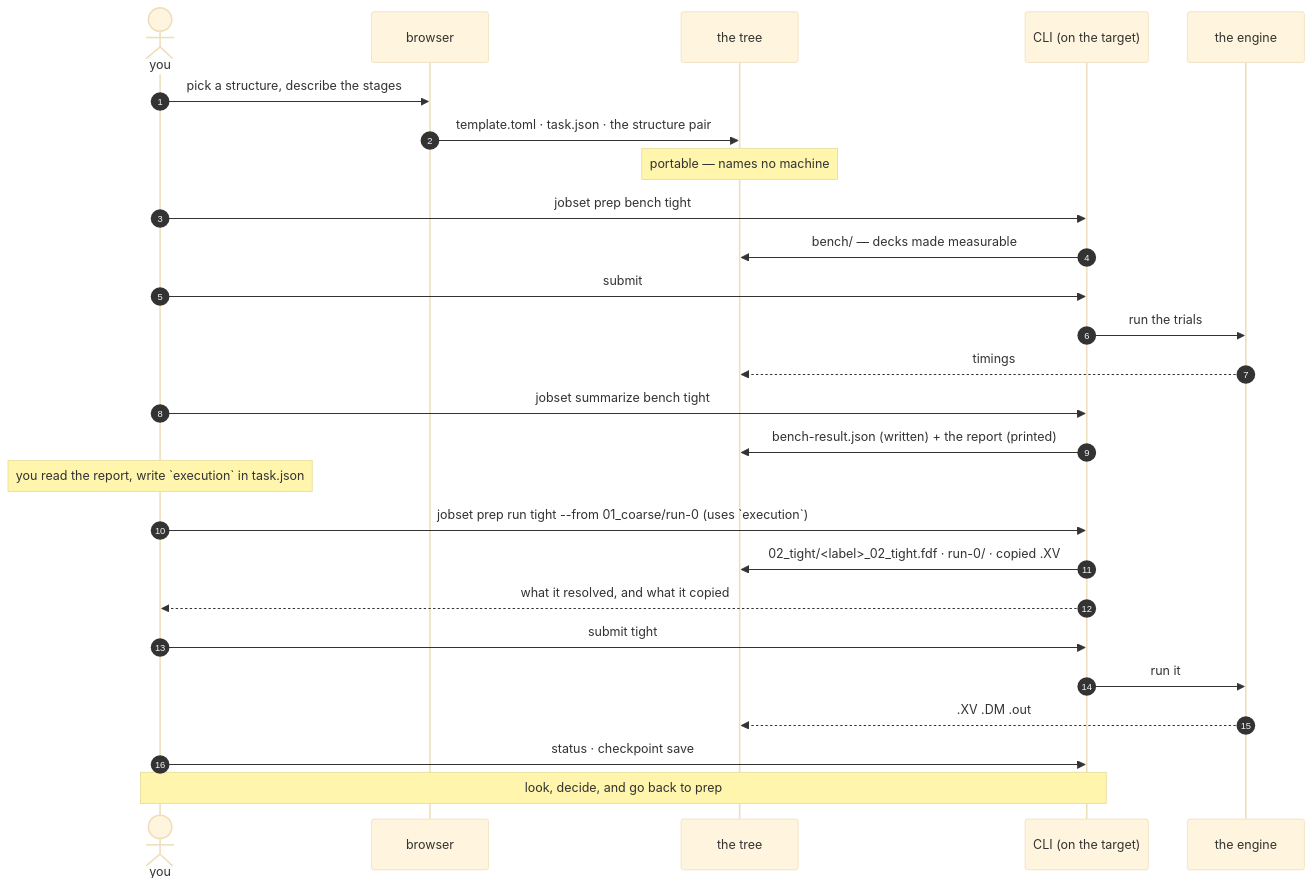
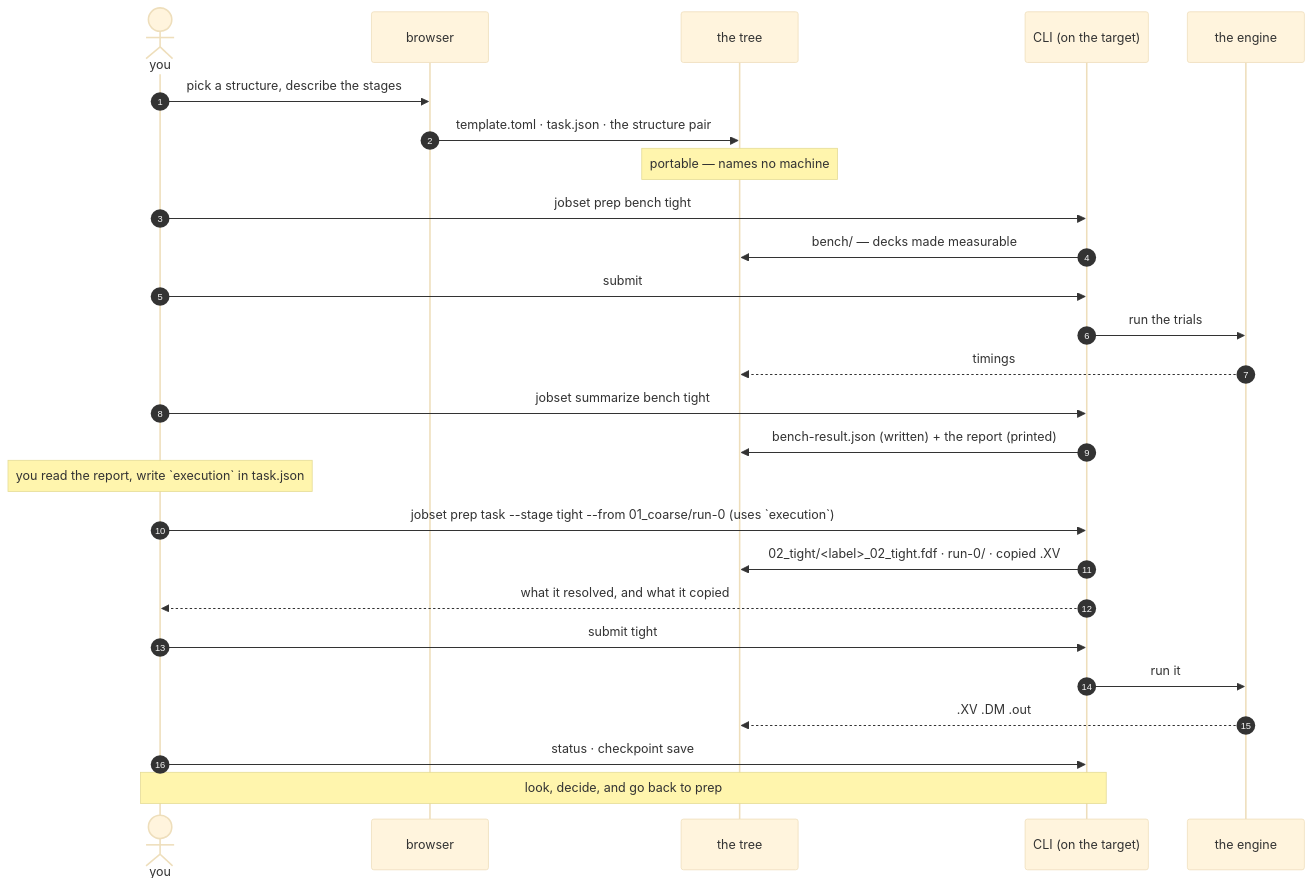
The ninth of 10 diagrams in docs/execution/project-layout.md (Qing-LAB/molbuilder), drawn with Mermaid (base theme) before and after one commit. The commit also changed other lines of this file and 30 other files, not shown here.

````diff
--- a/docs/execution/project-layout.md
+++ b/docs/execution/project-layout.md
@@ -1781,33 +1783,33 @@
 ```mermaid
 sequenceDiagram
     autonumber
     actor U as you
     participant B as browser
     participant T as the tree
     participant C as CLI (on the target)
     participant E as the engine
 
     U->>B: pick a structure, describe the stages
     B->>T: template.toml · task.json · the structure pair
     Note over T: portable — names no machine
 
     U->>C: jobset prep bench tight
     C->>T: bench/ — decks made measurable
     U->>C: submit
     C->>E: run the trials
     E-->>T: timings
     U->>C: jobset summarize bench tight
     C->>T: bench-result.json (written) + the report (printed)
 
     Note over U: you read the report, write `execution` in task.json
 
-    U->>C: jobset prep run tight --from 01_coarse/run-0 (uses `execution`)
+    U->>C: jobset prep task --stage tight --from 01_coarse/run-0 (uses `execution`)
     C->>T: 02_tight/<label>_02_tight.fdf · run-0/ · copied .XV
     C-->>U: what it resolved, and what it copied
     U->>C: submit tight
     C->>E: run it
     E-->>T: .XV .DM .out
 
     U->>C: status · checkpoint save
     Note over U,C: look, decide, and go back to prep
 ```
````
